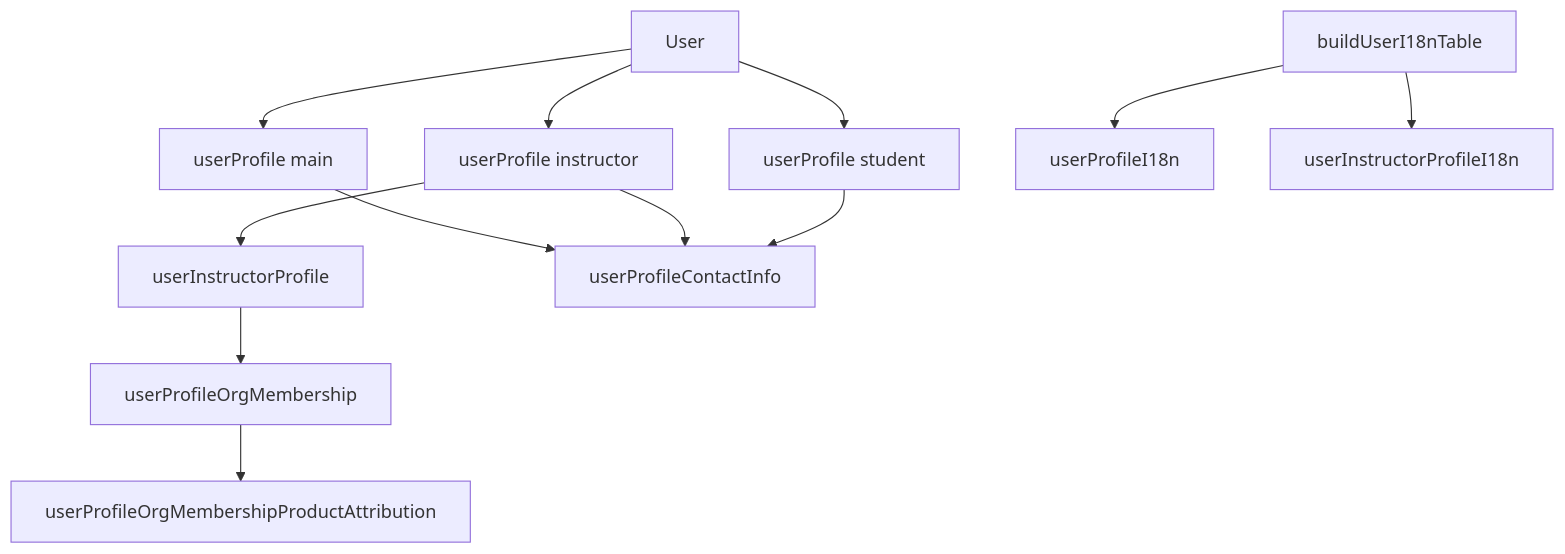
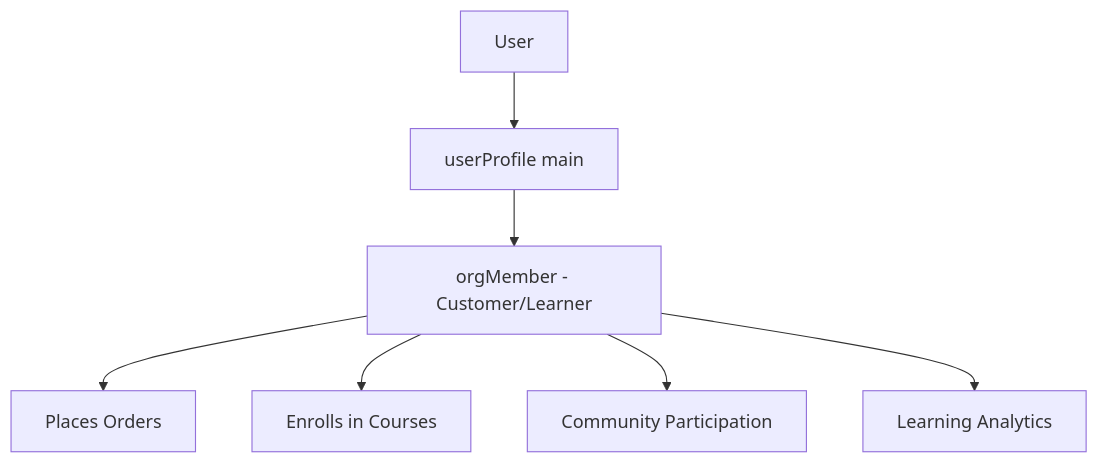
One commit to DreamEcho100/maze changed the first of 4 diagrams in apps/volmify/src/server/libs/db/schema/README.md. Above: the diagram before and after it, drawn with Mermaid. The commit also changed other lines of this file and 50 other files, not shown here.

First line of the commit message:
Refactor user profile schema and relations

````diff
--- a/apps/volmify/src/server/libs/db/schema/README.md
+++ b/apps/volmify/src/server/libs/db/schema/README.md
@@ -245,17 +266,9 @@
 ```mermaid
 graph TD
     A[User] --> B[userProfile main]
-    A --> C[userProfile instructor] 
-    A --> D[userProfile student]
-    
-    C --> E[userInstructorProfile]
-    E --> F[userProfileOrgMembership]
-    F --> G[userProfileOrgMembershipProductAttribution]
-    
-    B --> H[userProfileContactInfo]
-    C --> H
-    D --> H
-    
-    I[buildUserI18nTable] --> J[userProfileI18n]
-    I --> K[userInstructorProfileI18n]
+    B --> C[orgMember - Customer/Learner]
+    C --> D[Places Orders]
+    C --> E[Enrolls in Courses]
+    C --> F[Community Participation]
+    C --> G[Learning Analytics]
 ```
````
